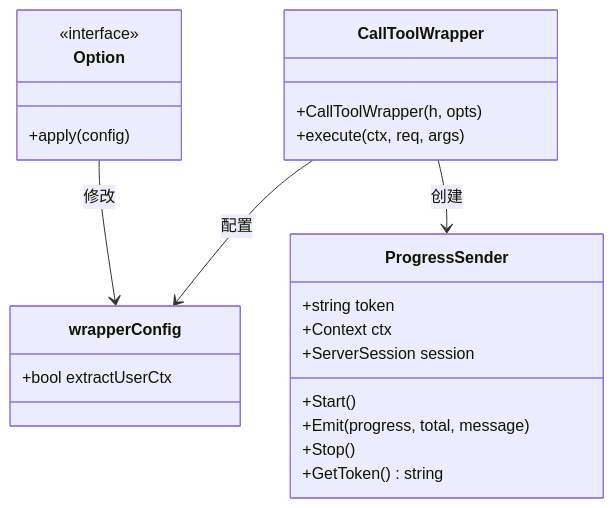
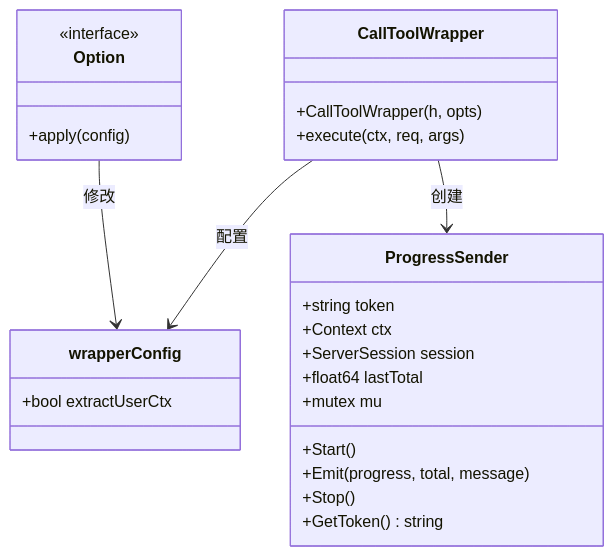
One commit to maomao94/zero-service changed the sixth of 9 diagrams in .qoder/repowiki/zh/content/Test Progress Tool.md. Above: the diagram before and after it, drawn with Mermaid. The commit also changed other lines of this file and 48 other files, not shown here.

````diff
--- a/.qoder/repowiki/zh/content/Test Progress Tool.md
+++ b/.qoder/repowiki/zh/content/Test Progress Tool.md
@@ -332,26 +359,28 @@
 ```mermaid
 classDiagram
 class wrapperConfig {
 +bool extractUserCtx
 }
 class CallToolWrapper {
 +CallToolWrapper(h, opts)
 +execute(ctx, req, args)
 }
 class Option {
 <<interface>>
 +apply(config)
 }
 class ProgressSender {
 +string token
 +Context ctx
 +ServerSession session
++float64 lastTotal
++mutex mu
 +Start()
 +Emit(progress, total, message)
 +Stop()
 +GetToken() string
 }
 CallToolWrapper --> wrapperConfig : 配置
 Option --> wrapperConfig : 修改
 CallToolWrapper --> ProgressSender : 创建
 ```
````
